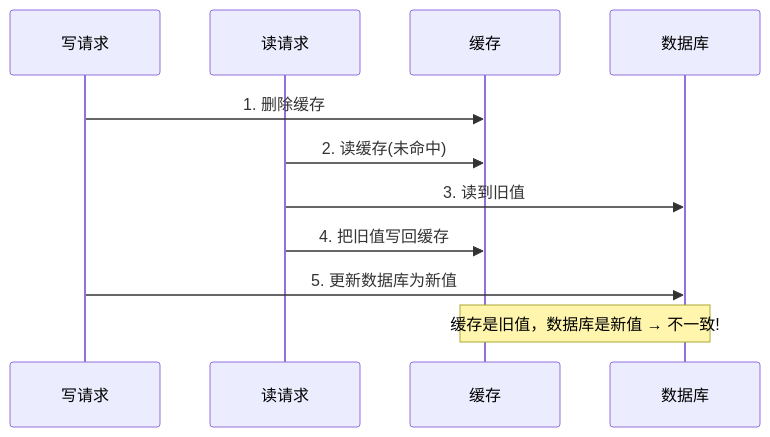
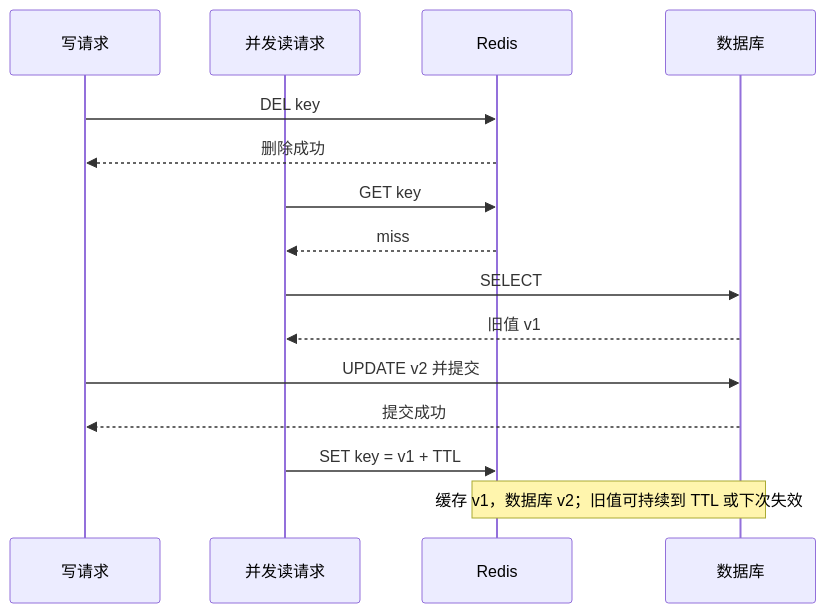
One commit to luxiag/blog changed the first of 5 diagrams in posts/redis/redis-cache-in-depth.mdx. Above: the diagram before and after it, drawn with Mermaid. The commit also changed other lines of this file and 3 other files, not shown here.

````diff
--- a/posts/redis/redis-cache-in-depth.mdx
+++ b/posts/redis/redis-cache-in-depth.mdx
@@ -105,13 +169,17 @@
 ```mermaid
 sequenceDiagram
   participant W as 写请求
-  participant R as 读请求
-  participant C as 缓存
+  participant R as 并发读请求
+  participant C as Redis
   participant DB as 数据库
-  W->>C: 1. 删除缓存
-  R->>C: 2. 读缓存(未命中)
-  R->>DB: 3. 读到旧值
-  R->>C: 4. 把旧值写回缓存
-  W->>DB: 5. 更新数据库为新值
-  Note over C,DB: 缓存是旧值，数据库是新值 → 不一致!
+  W->>C: DEL key
+  C-->>W: 删除成功
+  R->>C: GET key
+  C-->>R: miss
+  R->>DB: SELECT
+  DB-->>R: 旧值 v1
+  W->>DB: UPDATE v2 并提交
+  DB-->>W: 提交成功
+  R->>C: SET key = v1 + TTL
+  Note over C,DB: 缓存 v1，数据库 v2；旧值可持续到 TTL 或下次失效
 ```
````
